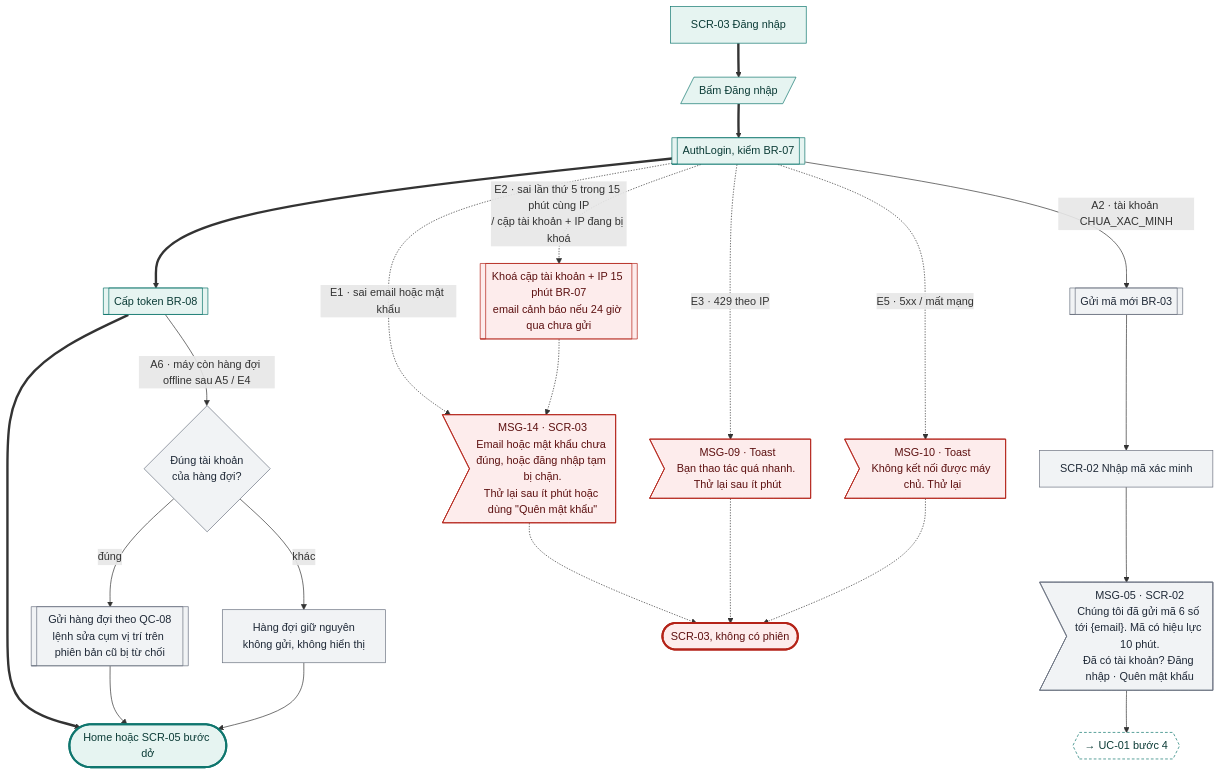
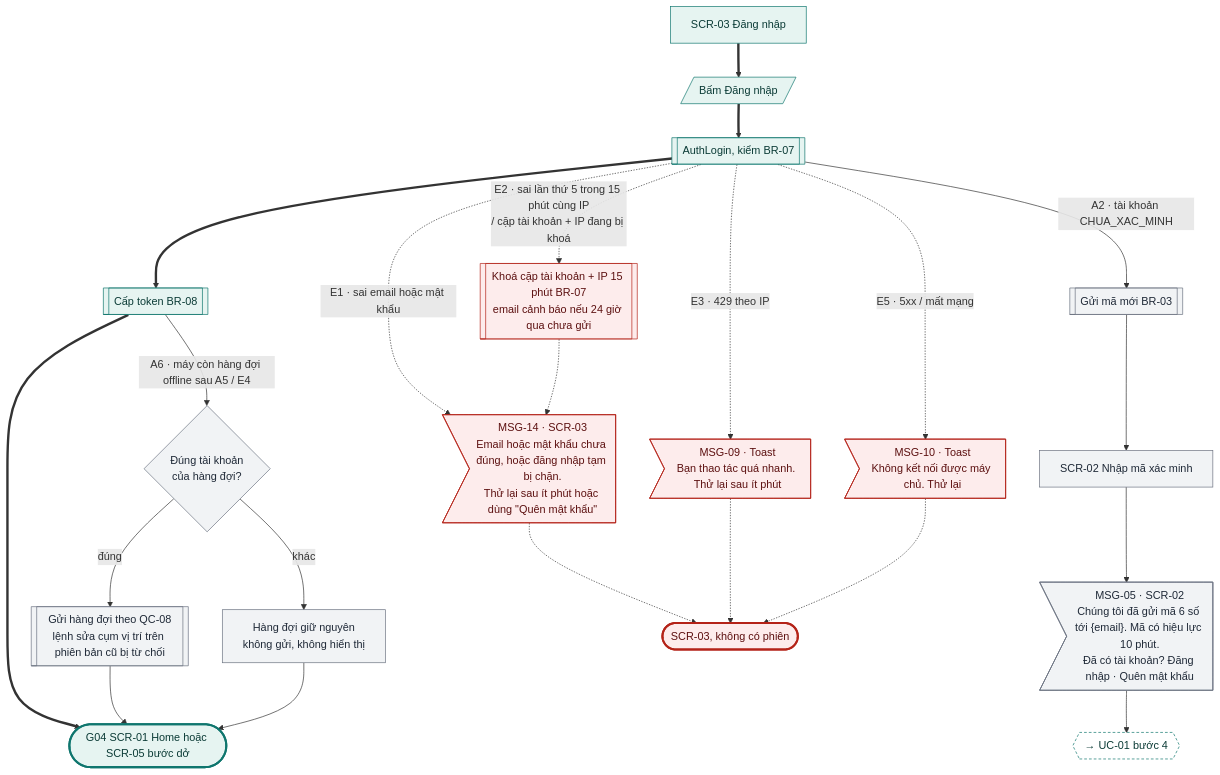
Before and after one commit to tannguyenho/personal-app: the seventh of 27 diagrams in docs/design-brief/flow/g01-tai-khoan.md, drawn with Mermaid. The commit also changed other lines of this file and 6 other files, not shown here.

First line of the commit message:
docs(G01, G10): áp quyết định PO 09/11 vào SRS, PRD, flow; IA trỏ mã mới

````diff
--- a/docs/design-brief/flow/g01-tai-khoan.md
+++ b/docs/design-brief/flow/g01-tai-khoan.md
@@ -311,46 +311,46 @@
 ```mermaid
 flowchart TD
   s1["SCR-03 Đăng nhập"]
   u1[/"Bấm Đăng nhập"/]
   p1[["AuthLogin, kiểm BR-07"]]
   p2[["Cấp token BR-08"]]
-  ok(["Home hoặc SCR-05 bước dở"])
+  ok(["G04 SCR-01 Home hoặc SCR-05 bước dở"])
 
   s1 ==> u1 ==> p1 ==> p2 ==> ok
 
   p1 -->|"A2 · tài khoản CHUA_XAC_MINH"| a2[["Gửi mã mới BR-03"]]
   a2 --> a2s["SCR-02 Nhập mã xác minh"]
   a2s --> a2m>"MSG-05 · SCR-02<br/>Chúng tôi đã gửi mã 6 số tới {email}. Mã có hiệu lực 10 phút.<br/>Đã có tài khoản? Đăng nhập · Quên mật khẩu"]
   a2m --> a2x{{"→ UC-01 bước 4"}}
 
   p2 -->|"A6 · máy còn hàng đợi offline sau A5 / E4"| d6{"Đúng tài khoản<br/>của hàng đợi?"}
   d6 -->|"đúng"| a6y[["Gửi hàng đợi theo QC-08<br/>lệnh sửa cụm vị trí trên phiên bản cũ bị từ chối"]]
   d6 -->|"khác"| a6n["Hàng đợi giữ nguyên<br/>không gửi, không hiển thị"]
   a6y --> ok
   a6n --> ok
 
   p1 -.->|"E1 · sai email hoặc mật khẩu"| e1m>"MSG-14 · SCR-03<br/>Email hoặc mật khẩu chưa đúng, hoặc đăng nhập tạm bị chặn.<br/>Thử lại sau ít phút hoặc dùng #quot;Quên mật khẩu#quot;"]
   p1 -.->|"E2 · sai lần thứ 5 trong 15 phút cùng IP<br/>/ cặp tài khoản + IP đang bị khoá"| e2[["Khoá cặp tài khoản + IP 15 phút BR-07<br/>email cảnh báo nếu 24 giờ qua chưa gửi"]]
   e2 -.-> e1m
   p1 -.->|"E3 · 429 theo IP"| e3m>"MSG-09 · Toast<br/>Bạn thao tác quá nhanh. Thử lại sau ít phút"]
   p1 -.->|"E5 · 5xx / mất mạng"| e5m>"MSG-10 · Toast<br/>Không kết nối được máy chủ. Thử lại"]
   e1m -.-> fail(["SCR-03, không có phiên"])
   e3m -.-> fail
   e5m -.-> fail
 
   class s1,u1,p1,p2 happy
   class a2,a2s,a2m,d6,a6y,a6n alt
   class a2x link
   class e1m,e2,e3m,e5m err
   class ok done
   class fail fail
   classDef happy fill:#E6F4F1,stroke:#0F766E,color:#0B3B36
   classDef alt fill:#F1F3F5,stroke:#6B7280,color:#1F2937
   classDef err fill:#FDECEC,stroke:#B42318,color:#5C1010
   classDef warn fill:#FEF4E2,stroke:#B45309,color:#4A2604
   classDef ai fill:#F1ECFD,stroke:#6D28D9,color:#2E1065
   classDef sync fill:#FFFFFF,stroke:#6B7280,stroke-dasharray:4 3,color:#1F2937
   classDef link fill:#FFFFFF,stroke:#0F766E,stroke-dasharray:4 3,color:#0B3B36
   classDef done fill:#E6F4F1,stroke:#0F766E,stroke-width:3px,color:#0B3B36
   classDef fail fill:#FDECEC,stroke:#B42318,stroke-width:3px,color:#5C1010
 ```
````
